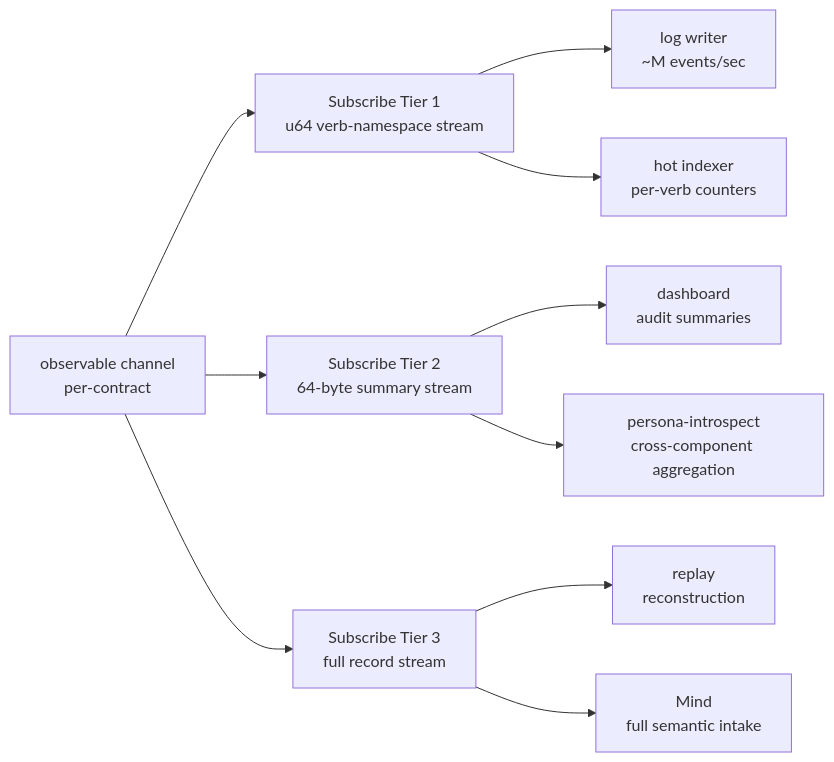
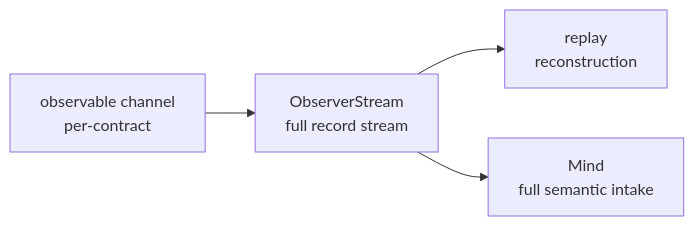
Before and after one commit to LiGoldragon/signal-frame: the third of 3 diagrams in ARCHITECTURE.md, drawn with Mermaid. The commit also changed other lines of this file and 3 other files, not shown here.

````diff
--- a/ARCHITECTURE.md
+++ b/ARCHITECTURE.md
@@ -364,14 +342,8 @@
 ```mermaid
 flowchart LR
     observable_channel["observable channel<br/>per-contract"]
-    observable_channel --> sub_one["Subscribe Tier 1<br/>u64 verb-namespace stream"]
-    observable_channel --> sub_two["Subscribe Tier 2<br/>64-byte summary stream"]
-    observable_channel --> sub_three["Subscribe Tier 3<br/>full record stream"]
+    observable_channel --> sub_three["ObserverStream<br/>full record stream"]
 
-    sub_one --> aud_log["log writer<br/>~M events/sec"]
-    sub_one --> aud_idx["hot indexer<br/>per-verb counters"]
-    sub_two --> aud_dash["dashboard<br/>audit summaries"]
-    sub_two --> aud_introspect["persona-introspect<br/>cross-component aggregation"]
     sub_three --> aud_replay["replay<br/>reconstruction"]
     sub_three --> aud_mind["Mind<br/>full semantic intake"]
 ```
````
